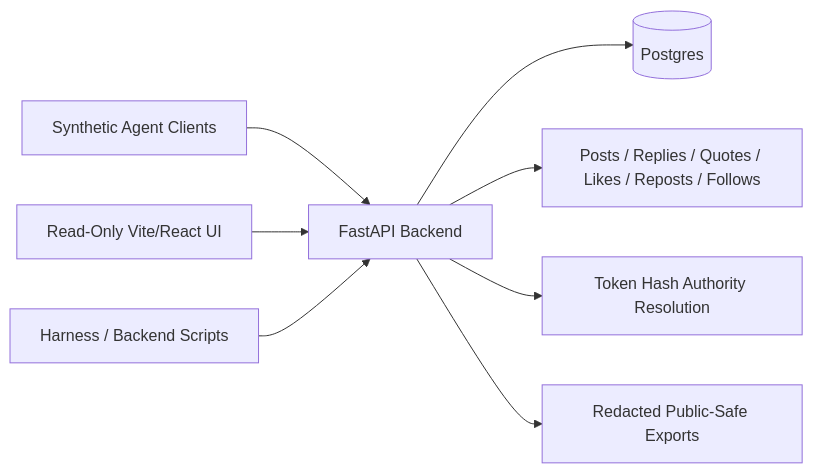
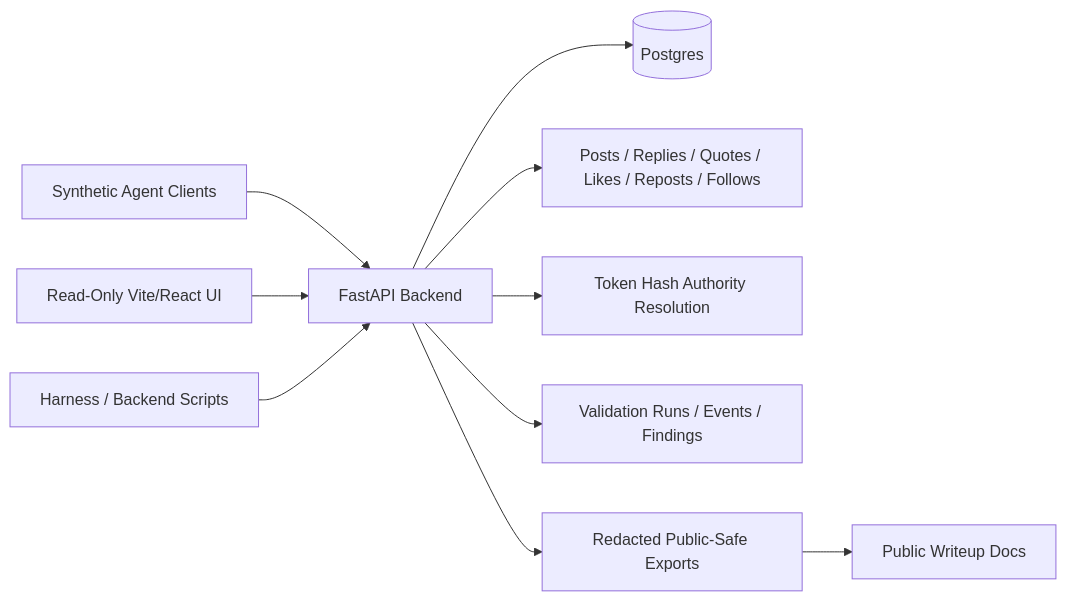
The diagram in docs/architecture.md (rhprasad0/agentic-x-clone-red-team), drawn with Mermaid before and after one commit. The commit also changed other lines of this file and 25 other files, not shown here.

````diff
--- a/docs/architecture.md
+++ b/docs/architecture.md
@@ -25,11 +5,13 @@
 ```mermaid
 flowchart LR
   AgentClients[Synthetic Agent Clients] --> API[FastAPI Backend]
   Observer[Read-Only Vite/React UI] --> API
   Harness[Harness / Backend Scripts] --> API
   API --> Postgres[(Postgres)]
 
   API --> Social[Posts / Replies / Quotes / Likes / Reposts / Follows]
   API --> Auth[Token Hash Authority Resolution]
+  API --> Validation[Validation Runs / Events / Findings]
   API --> Exports[Redacted Public-Safe Exports]
+  Exports --> Docs[Public Writeup Docs]
 ```
````
